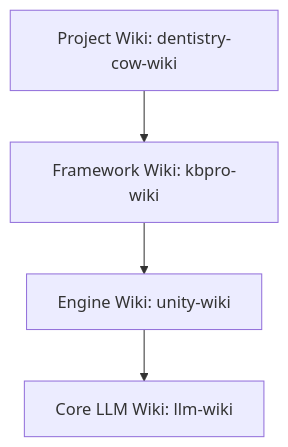
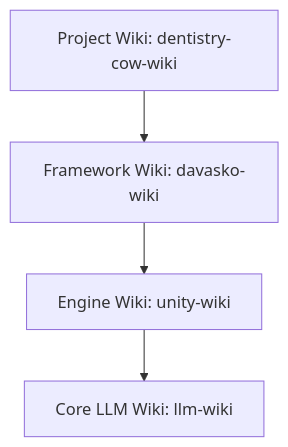
One commit to gDavASko/DavASkoLLMWiki changed the diagram in skills/davasko-llm-wiki/references/architecture-setup.md. Above: the diagram before and after it, drawn with Mermaid. The commit also changed other lines of this file and 18 other files, not shown here.

Commit message:
refactor: rename framework namespace and references to davasko

````diff
--- a/skills/davasko-llm-wiki/references/architecture-setup.md
+++ b/skills/davasko-llm-wiki/references/architecture-setup.md
@@ -12,6 +12,6 @@
 ```mermaid
 graph TD
-    ProjectLayer[Project Wiki: dentistry-cow-wiki] --> FrameworkLayer[Framework Wiki: kbpro-wiki]
+    ProjectLayer[Project Wiki: dentistry-cow-wiki] --> FrameworkLayer[Framework Wiki: davasko-wiki]
     FrameworkLayer --> EngineLayer[Engine Wiki: unity-wiki]
     EngineLayer --> RootLayer[Core LLM Wiki: llm-wiki]
 ```
````
